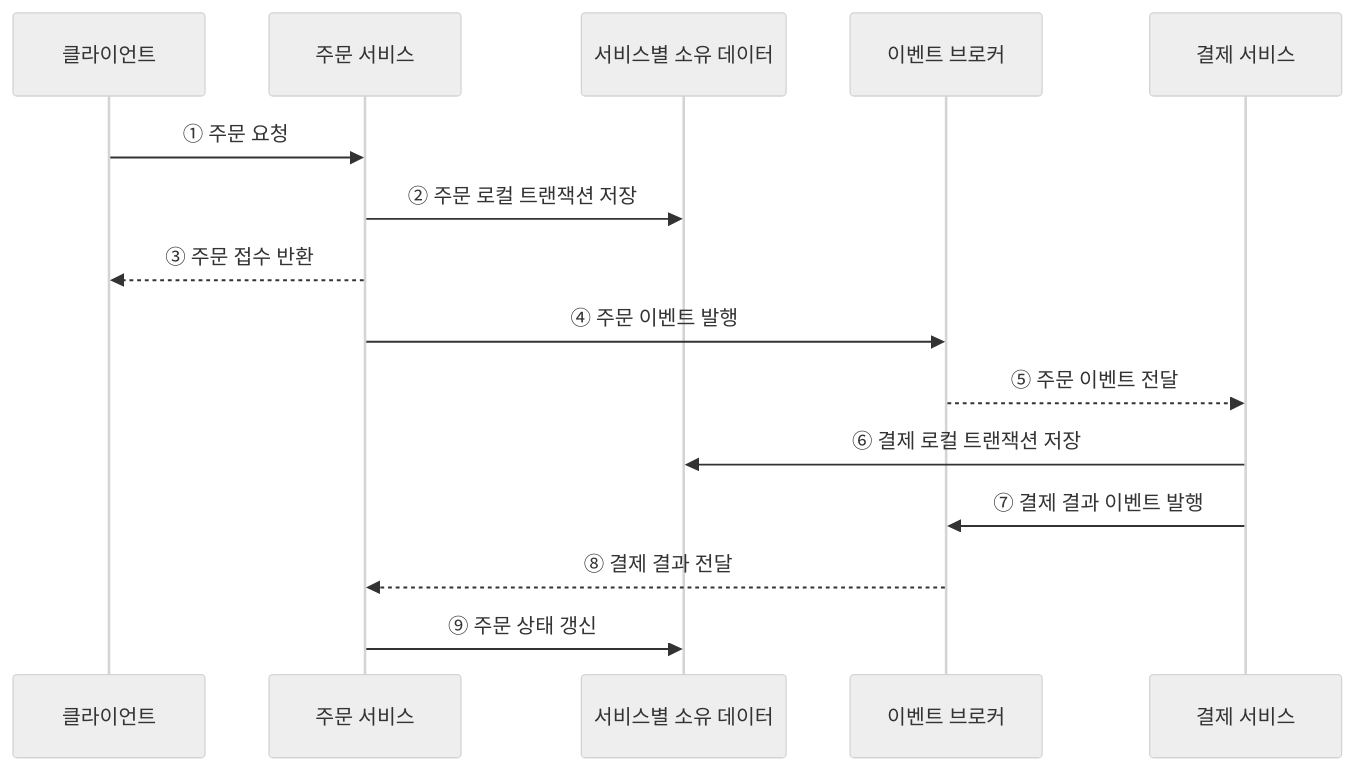
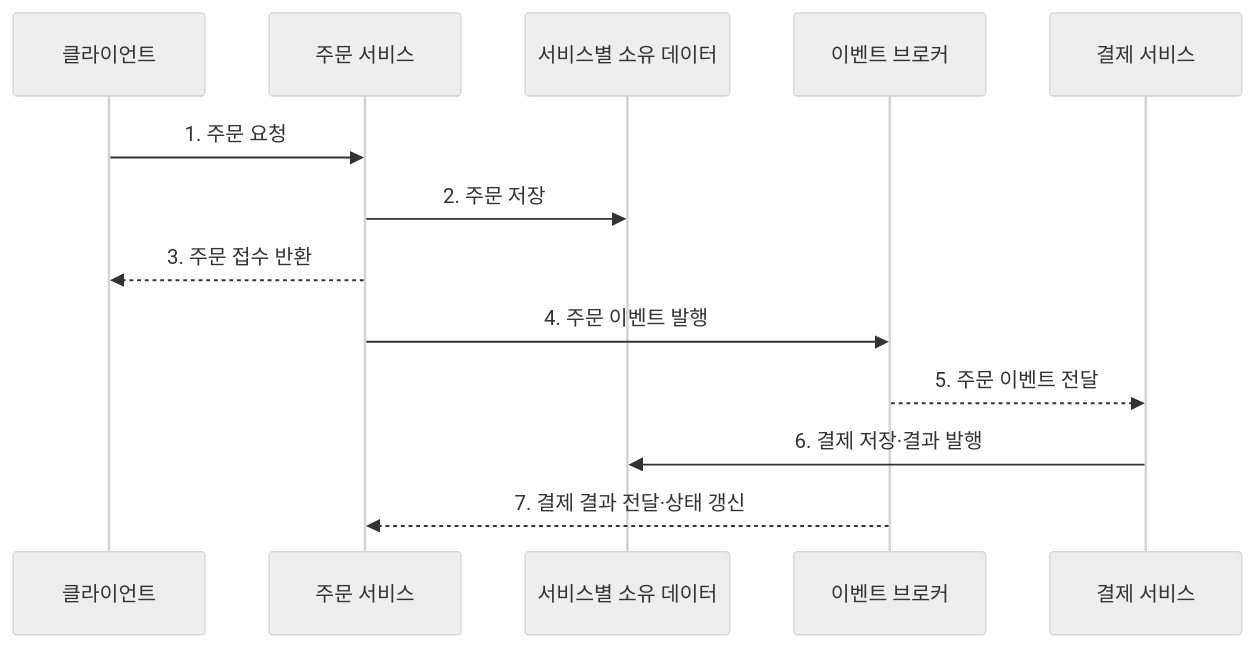
One commit to agnusdei1207/knowledge-base changed the second of 2 diagrams in src/content/docs/notes/03-software/039_microservice_architecture.md. Above: the diagram before and after it, drawn with Mermaid (neutral theme). The commit also changed other lines of this file and 20 other files, not shown here.

````diff
--- a/src/content/docs/notes/03-software/039_microservice_architecture.md
+++ b/src/content/docs/notes/03-software/039_microservice_architecture.md
@@ -101,17 +91,15 @@
 ```mermaid
 sequenceDiagram
     participant C as 클라이언트
     participant O as 주문 서비스
     participant D as 서비스별 소유 데이터
     participant B as 이벤트 브로커
     participant P as 결제 서비스
-    C->>O: ① 주문 요청
-    O->>D: ② 주문 로컬 트랜잭션 저장
-    O-->>C: ③ 주문 접수 반환
-    O->>B: ④ 주문 이벤트 발행
-    B-->>P: ⑤ 주문 이벤트 전달
-    P->>D: ⑥ 결제 로컬 트랜잭션 저장
-    P->>B: ⑦ 결제 결과 이벤트 발행
-    B-->>O: ⑧ 결제 결과 전달
-    O->>D: ⑨ 주문 상태 갱신
+    C->>O: 1. 주문 요청
+    O->>D: 2. 주문 저장
+    O-->>C: 3. 주문 접수 반환
+    O->>B: 4. 주문 이벤트 발행
+    B-->>P: 5. 주문 이벤트 전달
+    P->>D: 6. 결제 저장·결과 발행
+    B-->>O: 7. 결제 결과 전달·상태 갱신
 ```
````
